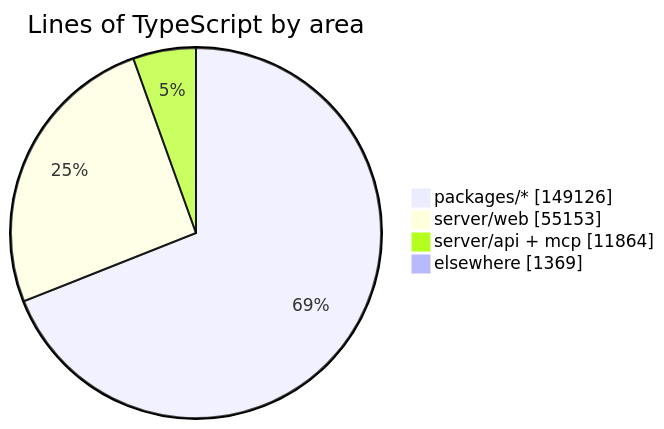
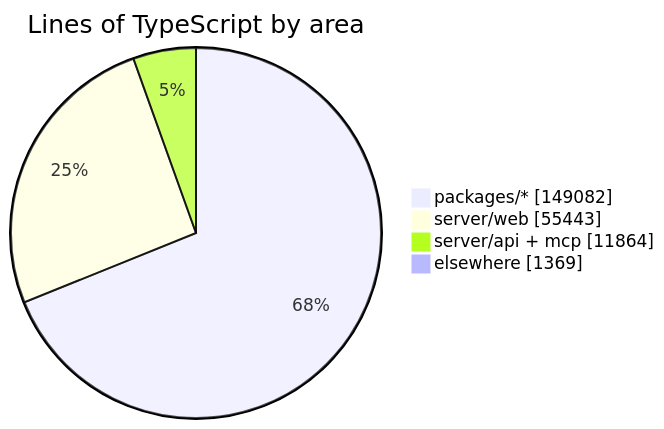
Before and after one commit to crossworks-engineering/mantle: the diagram in README.md, drawn with Mermaid. The commit also changed other lines of this file and 2 other files, not shown here.

````diff
--- a/README.md
+++ b/README.md
@@ -279,7 +279,7 @@
 ```mermaid
 pie showData title Lines of TypeScript by area
-    "packages/*" : 149126
-    "server/web" : 55153
+    "packages/*" : 149082
+    "server/web" : 55443
     "server/api + mcp" : 11864
     "elsewhere" : 1369
 ```
````
